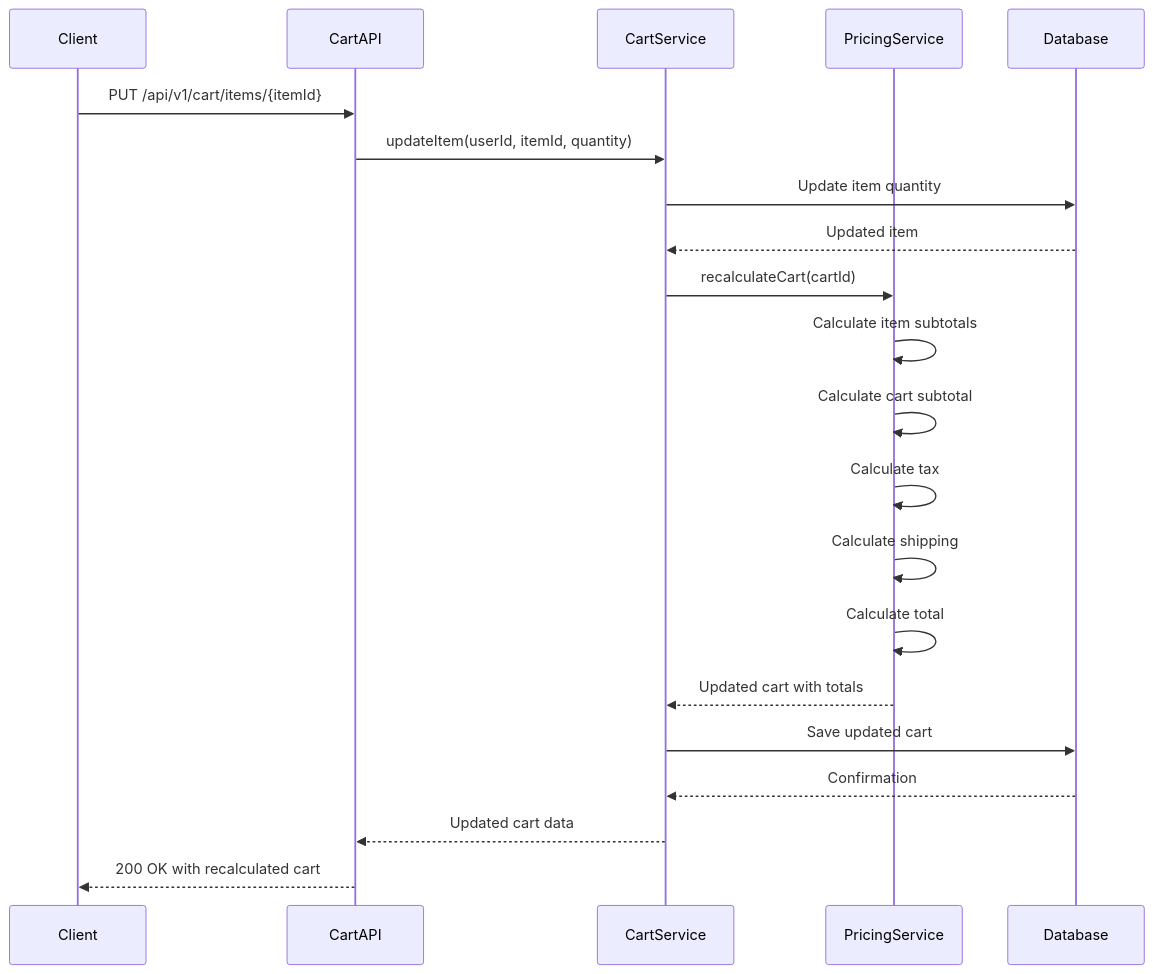
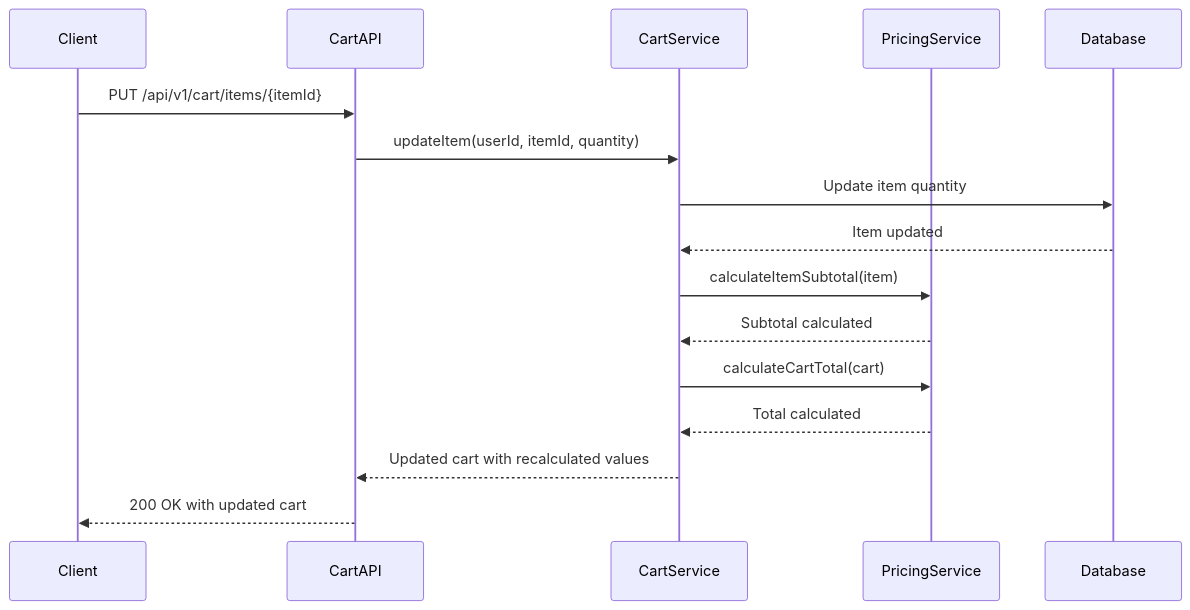
Before and after one commit to NavneetBN47/aava-ecom-demo: the second of 2 diagrams in docs/LLD/lld.md, drawn with Mermaid. The commit also changed other lines of this file, not shown here.

````diff
--- a/docs/LLD/lld.md
+++ b/docs/LLD/lld.md
@@ -654,24 +643,19 @@
 ```mermaid
 sequenceDiagram
     participant Client
     participant CartAPI
     participant CartService
     participant PricingService
     participant Database
-    
+
     Client->>CartAPI: PUT /api/v1/cart/items/{itemId}
     CartAPI->>CartService: updateItem(userId, itemId, quantity)
     CartService->>Database: Update item quantity
-    Database-->>CartService: Updated item
-    CartService->>PricingService: recalculateCart(cartId)
-    PricingService->>PricingService: Calculate item subtotals
-    PricingService->>PricingService: Calculate cart subtotal
-    PricingService->>PricingService: Calculate tax
-    PricingService->>PricingService: Calculate shipping
-    PricingService->>PricingService: Calculate total
-    PricingService-->>CartService: Updated cart with totals
-    CartService->>Database: Save updated cart
-    Database-->>CartService: Confirmation
-    CartService-->>CartAPI: Updated cart data
-    CartAPI-->>Client: 200 OK with recalculated cart
+    Database-->>CartService: Item updated
+    CartService->>PricingService: calculateItemSubtotal(item)
+    PricingService-->>CartService: Subtotal calculated
+    CartService->>PricingService: calculateCartTotal(cart)
+    PricingService-->>CartService: Total calculated
+    CartService-->>CartAPI: Updated cart with recalculated values
+    CartAPI-->>Client: 200 OK with updated cart
 ```
````
